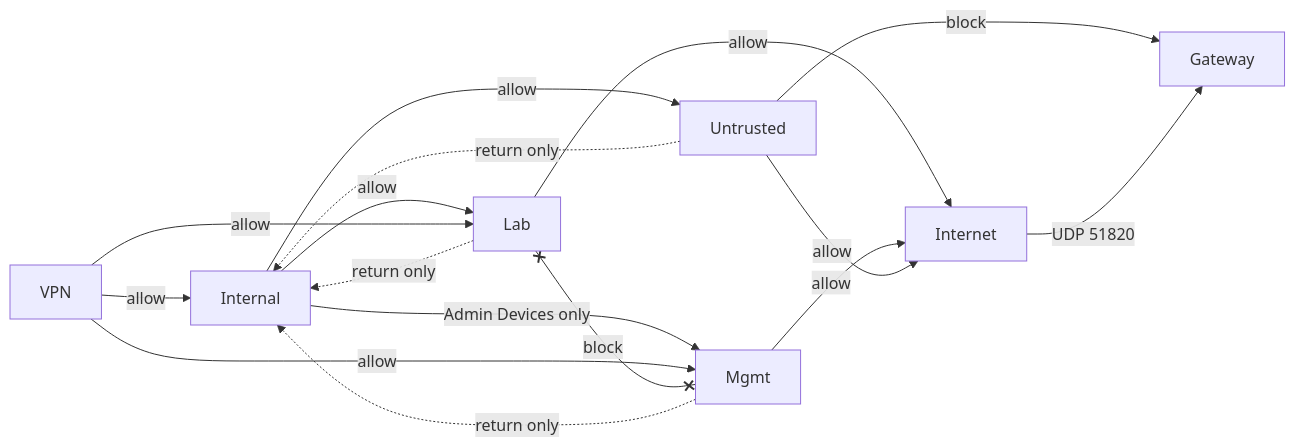
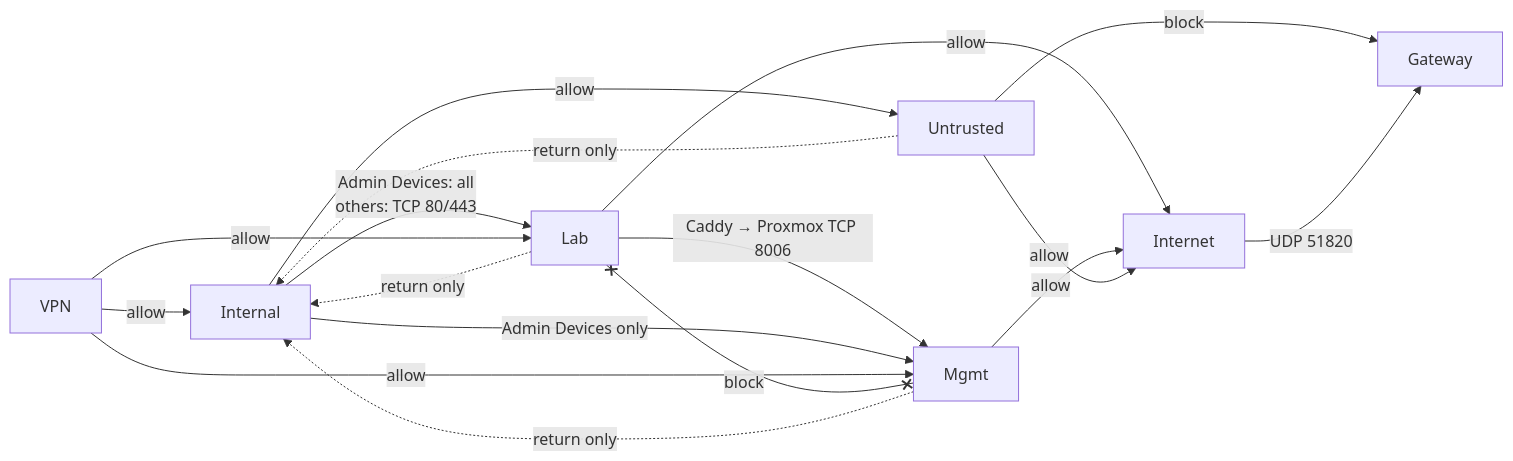
One commit to shaaz-f/home-server changed the diagram in docs/firewall.md. Above: the diagram before and after it, drawn with Mermaid. The commit also changed other lines of this file and 4 other files, not shown here.

Commit message:
Document Lab web-only access and Caddy to Proxmox route

````diff
--- a/docs/firewall.md
+++ b/docs/firewall.md
@@ -37,18 +37,19 @@
 ```mermaid
 flowchart LR
-    I[Internal] -->|allow| L[Lab]
+    I[Internal] -->|Admin Devices: all<br/>others: TCP 80/443| L[Lab]
+    L -->|Caddy → Proxmox TCP 8006| M
     I -->|Admin Devices only| M[Mgmt]
     I -->|allow| U[Untrusted]
     V[VPN] -->|allow| I
     V -->|allow| L
     V -->|allow| M
     L -.->|return only| I
     M -.->|return only| I
     L x--x|block| M
     U -.->|return only| I
     U -->|block| G[Gateway]
     L -->|allow| E[Internet]
     M -->|allow| E
     U -->|allow| E
     E -->|UDP 51820| G
 ```
````
